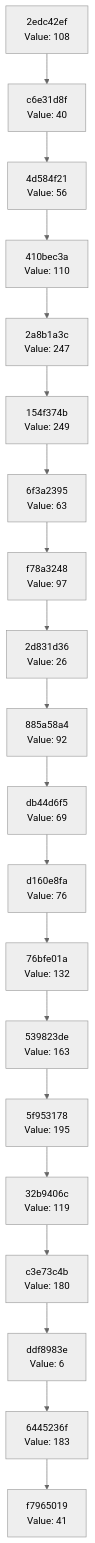
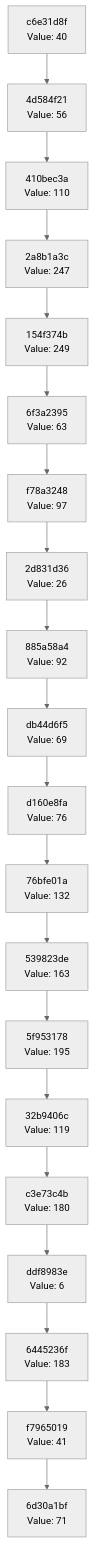
One commit to Abhisheksinha1506/hash-chain-evolver changed the diagram in docs/CHAIN_VISUALIZATION.md. Above: the diagram before and after it, drawn with Mermaid (neutral theme). The commit also changed 1 other file, not shown here.

Commit message:
Evolution step: hash 0x47 → action executed

````diff
--- a/docs/CHAIN_VISUALIZATION.md
+++ b/docs/CHAIN_VISUALIZATION.md
@@ -3,42 +3,42 @@
 ```mermaid
 graph TD
-    C0["f7965019<br/>Value: 41"]
-    C1["6445236f<br/>Value: 183"]
+    C0["6d30a1bf<br/>Value: 71"]
+    C1["f7965019<br/>Value: 41"]
     C1 --> C0
-    C2["ddf8983e<br/>Value: 6"]
+    C2["6445236f<br/>Value: 183"]
     C2 --> C1
-    C3["c3e73c4b<br/>Value: 180"]
+    C3["ddf8983e<br/>Value: 6"]
     C3 --> C2
-    C4["32b9406c<br/>Value: 119"]
+    C4["c3e73c4b<br/>Value: 180"]
     C4 --> C3
-    C5["5f953178<br/>Value: 195"]
+    C5["32b9406c<br/>Value: 119"]
     C5 --> C4
-    C6["539823de<br/>Value: 163"]
+    C6["5f953178<br/>Value: 195"]
     C6 --> C5
-    C7["76bfe01a<br/>Value: 132"]
+    C7["539823de<br/>Value: 163"]
     C7 --> C6
-    C8["d160e8fa<br/>Value: 76"]
+    C8["76bfe01a<br/>Value: 132"]
     C8 --> C7
-    C9["db44d6f5<br/>Value: 69"]
+    C9["d160e8fa<br/>Value: 76"]
     C9 --> C8
-    C10["885a58a4<br/>Value: 92"]
+    C10["db44d6f5<br/>Value: 69"]
     C10 --> C9
-    C11["2d831d36<br/>Value: 26"]
+    C11["885a58a4<br/>Value: 92"]
     C11 --> C10
-    C12["f78a3248<br/>Value: 97"]
+    C12["2d831d36<br/>Value: 26"]
     C12 --> C11
-    C13["6f3a2395<br/>Value: 63"]
+    C13["f78a3248<br/>Value: 97"]
     C13 --> C12
-    C14["154f374b<br/>Value: 249"]
+    C14["6f3a2395<br/>Value: 63"]
     C14 --> C13
-    C15["2a8b1a3c<br/>Value: 247"]
+    C15["154f374b<br/>Value: 249"]
     C15 --> C14
-    C16["410bec3a<br/>Value: 110"]
+    C16["2a8b1a3c<br/>Value: 247"]
     C16 --> C15
-    C17["4d584f21<br/>Value: 56"]
+    C17["410bec3a<br/>Value: 110"]
     C17 --> C16
-    C18["c6e31d8f<br/>Value: 40"]
+    C18["4d584f21<br/>Value: 56"]
     C18 --> C17
-    C19["2edc42ef<br/>Value: 108"]
+    C19["c6e31d8f<br/>Value: 40"]
     C19 --> C18
 ```
````
